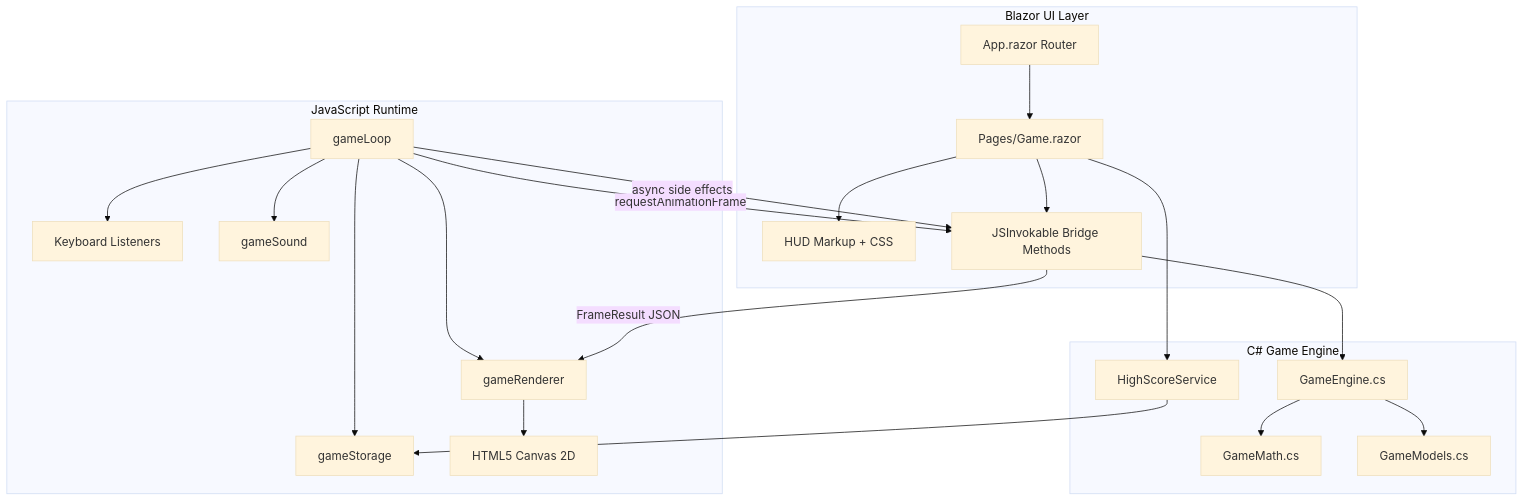
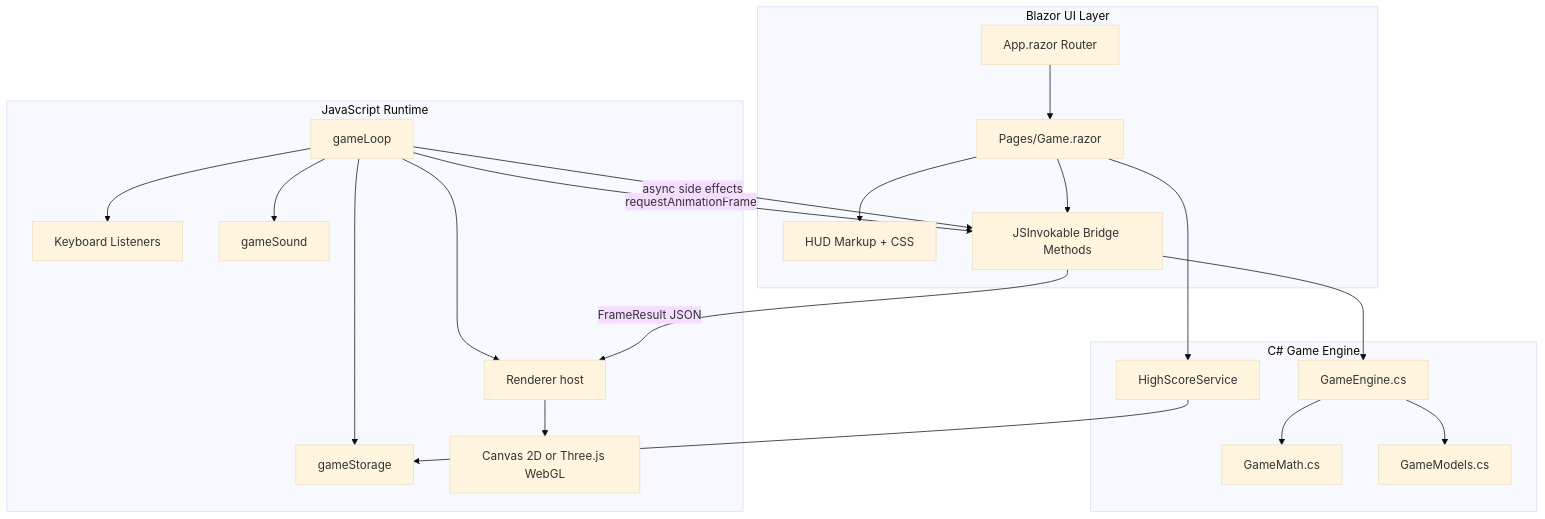
One commit to psoszynski/asteroids_blazor changed the first of 4 diagrams in ARCHITECTURE.md. Above: the diagram before and after it, drawn with Mermaid (base theme). The commit also changed other lines of this file and 48 other files, not shown here.

First line of the commit message:
feat: cinematic 3D Three.js renderer (milestones 1-5)

````diff
--- a/ARCHITECTURE.md
+++ b/ARCHITECTURE.md
@@ -17,28 +39,28 @@
 ```mermaid
 graph TD
     subgraph Blazor_Layer [Blazor UI Layer]
         App[App.razor Router] --> Game[Pages/Game.razor]
         Game --> HUD[HUD Markup + CSS]
         Game --> Bridge[JSInvokable Bridge Methods]
     end
 
     subgraph CSharp_Engine [C# Game Engine]
         Bridge --> Engine[GameEngine.cs]
         Engine --> Math[GameMath.cs]
         Engine --> Models[GameModels.cs]
         Game --> HighScores[HighScoreService]
     end
 
     subgraph JS_Runtime [JavaScript Runtime]
         Loop[gameLoop] -->|requestAnimationFrame| Bridge
         Loop --> Input[Keyboard Listeners]
-        Loop --> Renderer[gameRenderer]
+        Loop --> Renderer[Renderer host]
         Loop --> Audio[gameSound]
         Loop --> Storage[gameStorage]
-        Renderer --> Canvas[HTML5 Canvas 2D]
+        Renderer --> Canvas[Canvas 2D or Three.js WebGL]
     end
 
     Bridge -->|FrameResult JSON| Renderer
     Loop -->|async side effects| Bridge
     HighScores --> Storage
 ```
````
